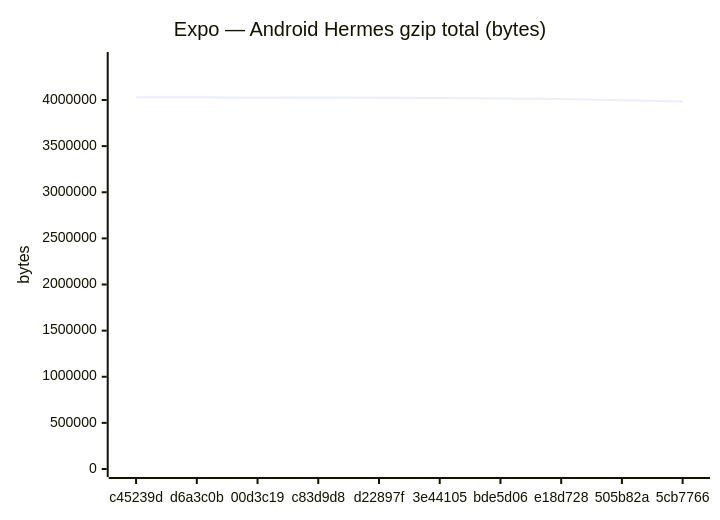
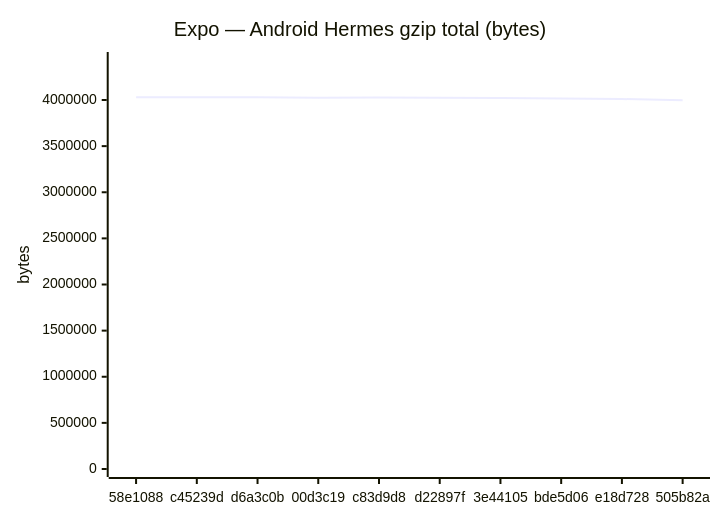
One commit to Metaheurist/Rianell changed the fifth of 18 diagrams in benchmarks/compare.md. Above: the diagram before and after it, drawn with Mermaid. The commit also changed other lines of this file and 11 other files, not shown here.

````diff
--- a/benchmarks/compare.md
+++ b/benchmarks/compare.md
@@ -89,7 +89,7 @@
 ```mermaid
 xychart-beta
     title "Expo — Android Hermes gzip total (bytes)"
-    x-axis ["c45239d", "d6a3c0b", "00d3c19", "c83d9d8", "d22897f", "3e44105", "bde5d06", "e18d728", "505b82a", "5cb7766"]
+    x-axis ["58e1088", "c45239d", "d6a3c0b", "00d3c19", "c83d9d8", "d22897f", "3e44105", "bde5d06", "e18d728", "505b82a"]
     y-axis "bytes" 0 --> 4433703
-    line [4030634, 4030639, 4025609, 4026084, 4023969, 4020690, 4016661, 4010565, 3997221, 3982594]
+    line [4030638, 4030634, 4030639, 4025609, 4026084, 4023969, 4020690, 4016661, 4010565, 3997221]
 ```
````
